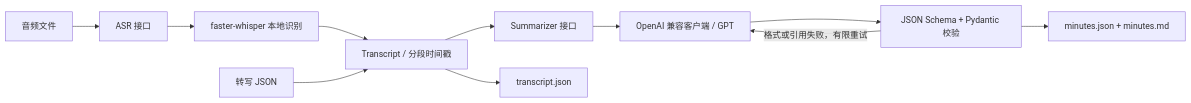
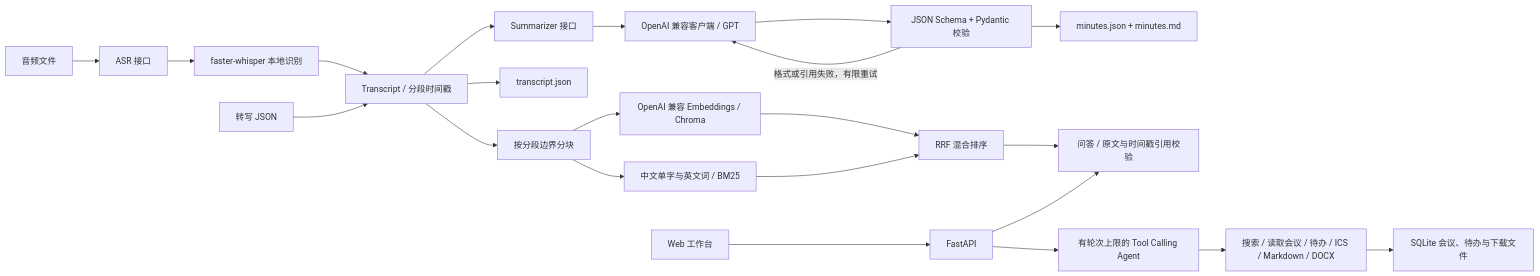
One commit to youli0828/MeetMind changed the diagram in README.md. Above: the diagram before and after it, drawn with Mermaid. The commit also changed other lines of this file and 16 other files, not shown here.

Commit message:
M2: agent tools, hybrid retrieval Q&A, FastAPI web workspace

````diff
--- a/README.md
+++ b/README.md
@@ -7,13 +7,24 @@
 ```mermaid
 flowchart LR
     A[音频文件] --> B[ASR 接口]
     B --> C[faster-whisper 本地识别]
     C --> D[Transcript / 分段时间戳]
     T[转写 JSON] --> D
     D --> E[Summarizer 接口]
     E --> F[OpenAI 兼容客户端 / GPT]
     F --> G[JSON Schema + Pydantic 校验]
     G -->|格式或引用失败，有限重试| F
     G --> H[minutes.json + minutes.md]
     D --> I[transcript.json]
+    D --> J[按分段边界分块]
+    J --> K[OpenAI 兼容 Embeddings / Chroma]
+    J --> L[中文单字与英文词 / BM25]
+    K --> M[RRF 混合排序]
+    L --> M
+    M --> N[问答 / 原文与时间戳引用校验]
+    W[Web 工作台] --> API[FastAPI]
+    API --> N
+    API --> AG[有轮次上限的 Tool Calling Agent]
+    AG --> TO[搜索 / 读取会议 / 待办 / ICS / Markdown / DOCX]
+    TO --> DB[SQLite 会议、待办与下载文件]
 ```
````
